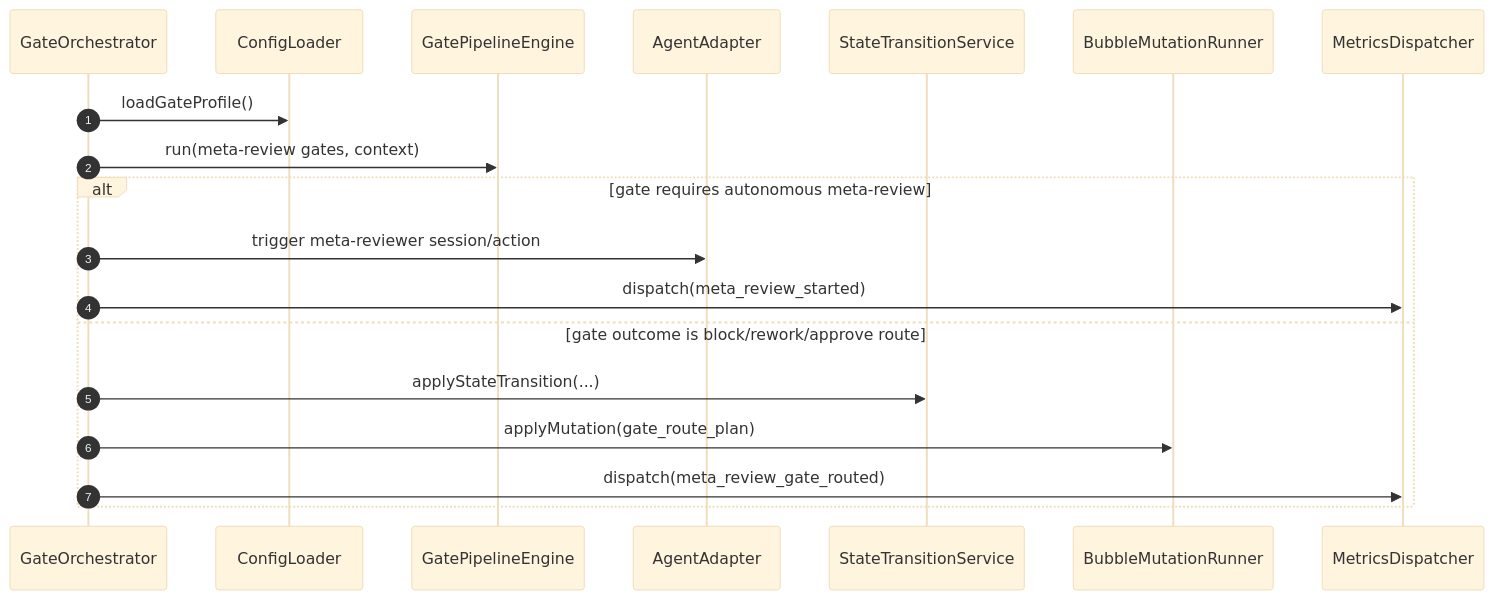
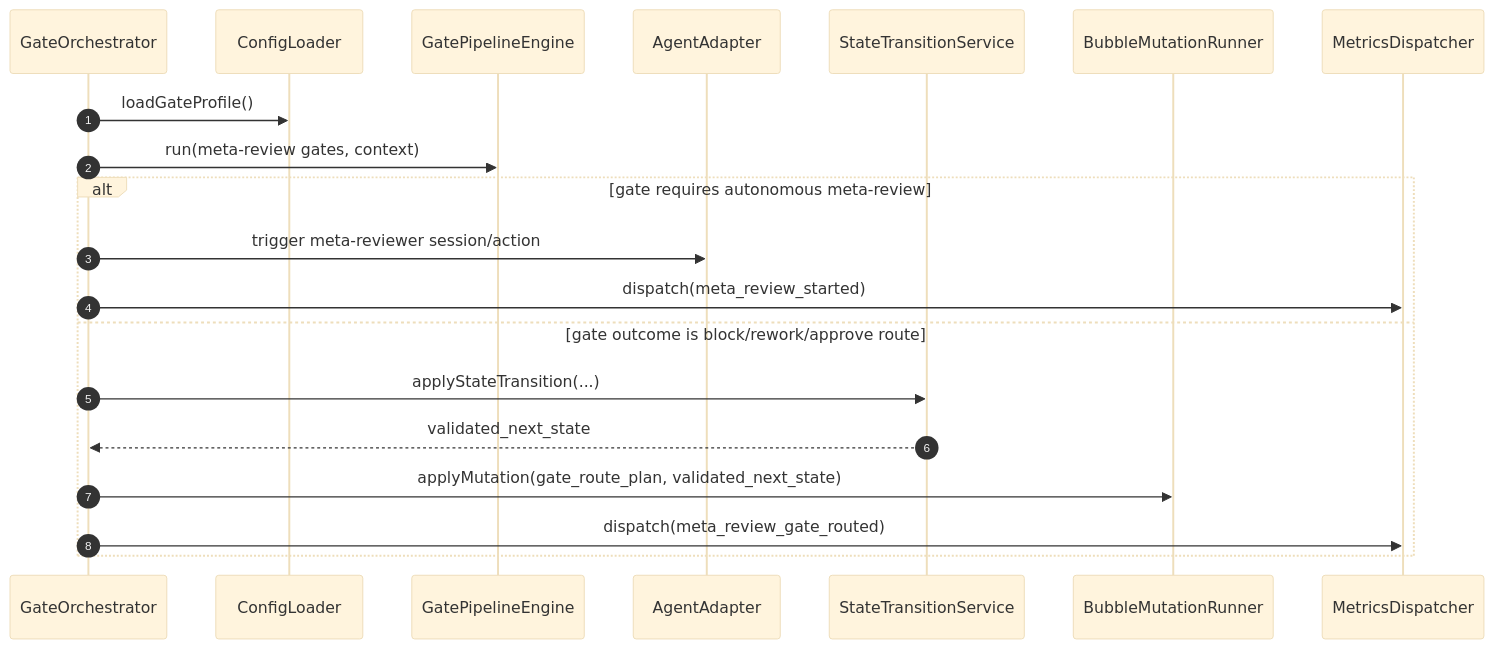
One commit to felho/pairflow changed the seventh of 8 diagrams in docs/v1.1-boundary-simplification/component-one-pagers/m0-component-visuals.md. Above: the diagram before and after it, drawn with Mermaid (base theme). The commit also changed other lines of this file and 4 other files, not shown here.

Commit message:
docs: formalize STS vs BMR ownership closure criteria

````diff
--- a/docs/v1.1-boundary-simplification/component-one-pagers/m0-component-visuals.md
+++ b/docs/v1.1-boundary-simplification/component-one-pagers/m0-component-visuals.md
@@ -174,22 +177,23 @@
 ```mermaid
 sequenceDiagram
   autonumber
   participant OR as GateOrchestrator
   participant CFG as ConfigLoader
   participant GATE as GatePipelineEngine
   participant AG as AgentAdapter
   participant STS as StateTransitionService
   participant BMR as BubbleMutationRunner
   participant MET as MetricsDispatcher
 
   OR->>CFG: loadGateProfile()
   OR->>GATE: run(meta-review gates, context)
   alt gate requires autonomous meta-review
     OR->>AG: trigger meta-reviewer session/action
     OR->>MET: dispatch(meta_review_started)
   else gate outcome is block/rework/approve route
     OR->>STS: applyStateTransition(...)
-    OR->>BMR: applyMutation(gate_route_plan)
+    STS-->>OR: validated_next_state
+    OR->>BMR: applyMutation(gate_route_plan, validated_next_state)
     OR->>MET: dispatch(meta_review_gate_routed)
   end
 ```
````
